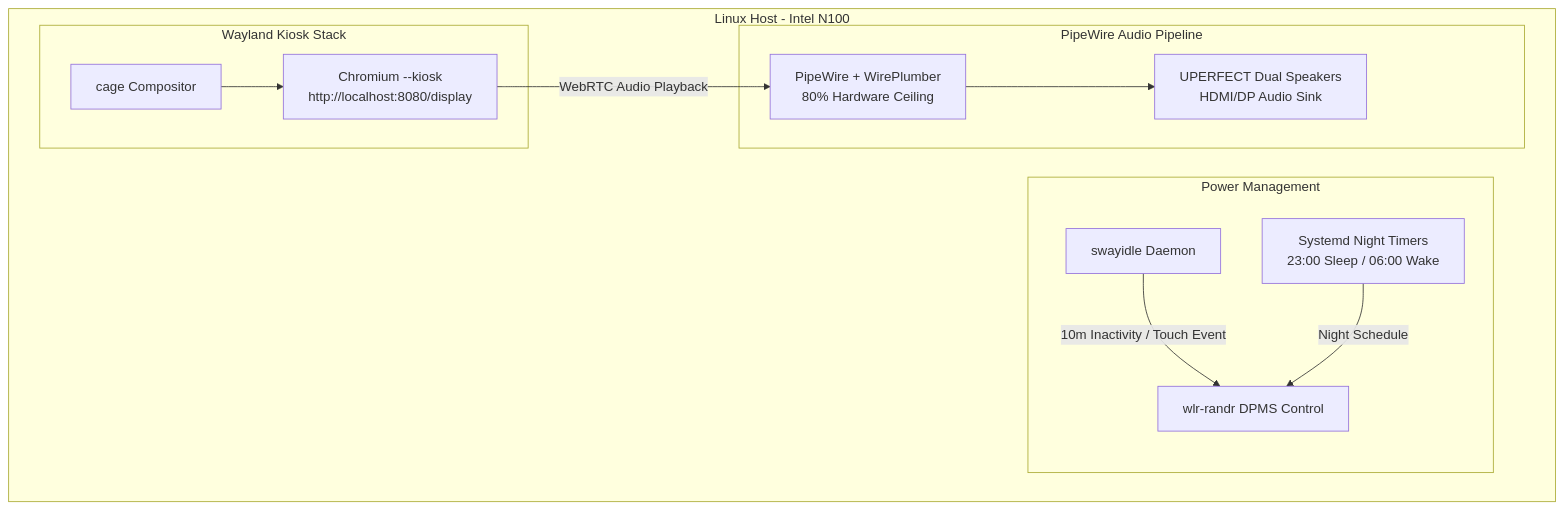
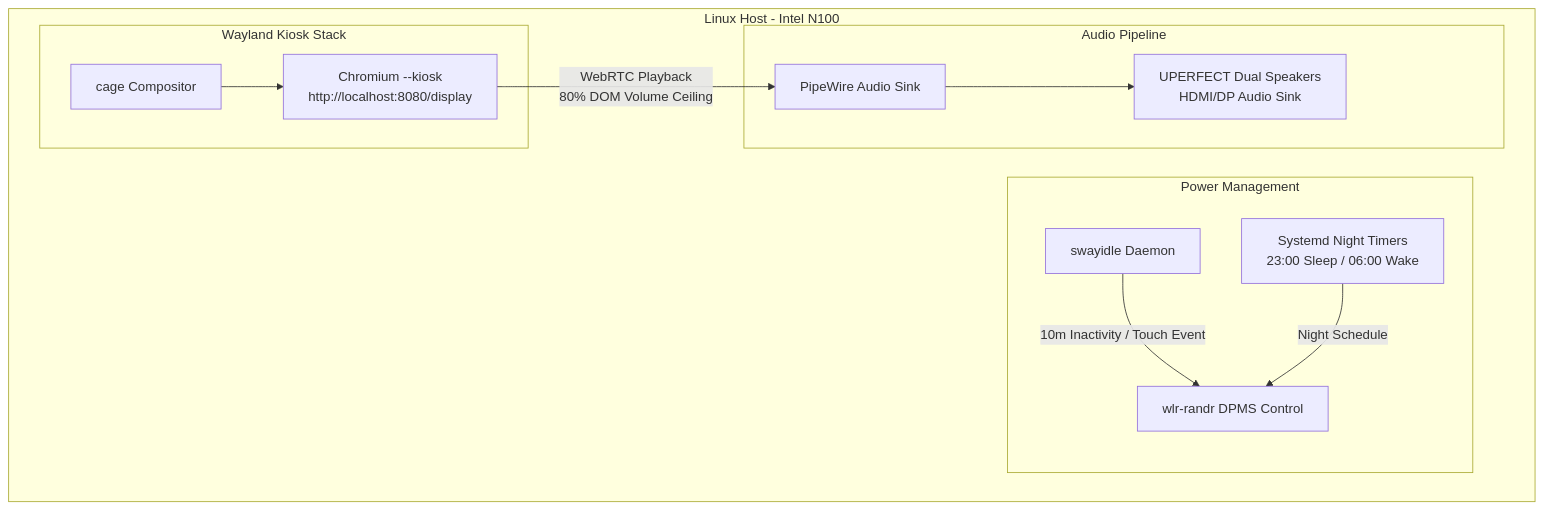
Before and after one commit to azylman/mirrormere: the diagram in specs/010-touch-kiosk-client.md, drawn with Mermaid. The commit also changed other lines of this file and 11 other files, not shown here.

````diff
--- a/specs/010-touch-kiosk-client.md
+++ b/specs/010-touch-kiosk-client.md
@@ -23,25 +23,25 @@
 ```mermaid
 flowchart TD
     subgraph Host [Linux Host - Intel N100]
         subgraph DisplayStack [Wayland Kiosk Stack]
             Cage[cage Compositor]
             Chromium[Chromium --kiosk\nhttp://localhost:8080/display]
             Cage --> Chromium
         end
 
         subgraph PowerStack [Power Management]
             SwayIdle[swayidle Daemon]
             Timers[Systemd Night Timers\n23:00 Sleep / 06:00 Wake]
             WlrRandr[wlr-randr DPMS Control]
             SwayIdle -->|10m Inactivity / Touch Event| WlrRandr
             Timers -->|Night Schedule| WlrRandr
         end
 
-        subgraph AudioStack [PipeWire Audio Pipeline]
-            PW[PipeWire + WirePlumber\n80% Hardware Ceiling]
+        subgraph AudioStack [Audio Pipeline]
+            PW[PipeWire Audio Sink]
             Speakers[UPERFECT Dual Speakers\nHDMI/DP Audio Sink]
-            Chromium -->|WebRTC Audio Playback| PW
+            Chromium -->|WebRTC Playback\n80% DOM Volume Ceiling| PW
             PW --> Speakers
         end
     end
 ```
````
